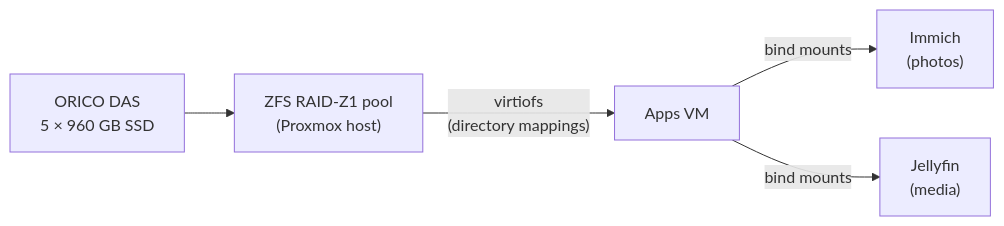
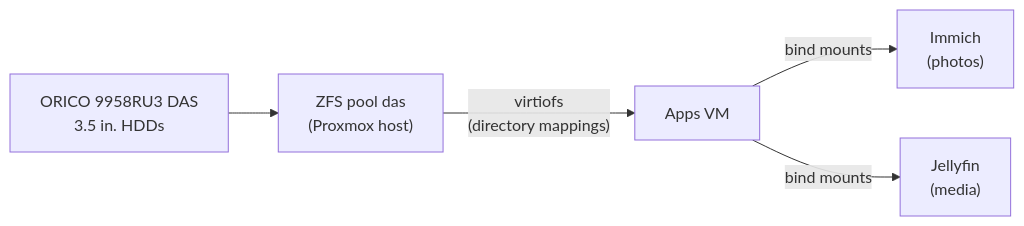
One commit to JM02-11/homelab changed the diagram in hardware/README.md. Above: the diagram before and after it, drawn with Mermaid. The commit also changed other lines of this file and 5 other files, not shown here.

First line of the commit message:
Document new ORICO 9958RU3 DAS and ZFS pool rebuild

````diff
--- a/hardware/README.md
+++ b/hardware/README.md
@@ -56,7 +62,7 @@
 ```mermaid
 graph LR
-    DAS["ORICO DAS<br/>5 × 960 GB SSD"] --> ZFS["ZFS RAID-Z1 pool<br/>(Proxmox host)"]
+    DAS["ORICO 9958RU3 DAS<br/>3.5 in. HDDs"] --> ZFS["ZFS pool das<br/>(Proxmox host)"]
     ZFS -- "virtiofs<br/>(directory mappings)" --> VM["Apps VM"]
     VM -- bind mounts --> Immich["Immich<br/>(photos)"]
     VM -- bind mounts --> Jellyfin["Jellyfin<br/>(media)"]
 ```
````
